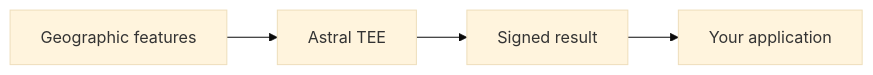
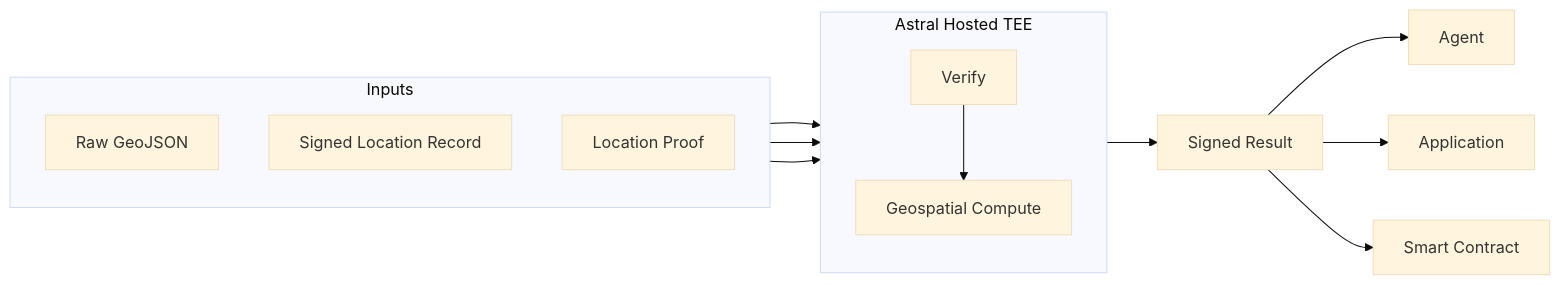
Before and after one commit to AstralProtocol/mintlify-docs: the diagram in introduction.mdx, drawn with Mermaid (base theme). The commit also changed other lines of this file and 19 other files, not shown here.

````diff
--- a/introduction.mdx
+++ b/introduction.mdx
@@ -31,6 +31,22 @@
 ```mermaid
 graph LR
-    A[Geographic features] --> B[Astral TEE]
-    B --> C[Signed result]
-    C --> D[Your application]
+    subgraph Inputs
+        direction TB
+        RG[Raw GeoJSON]
+        SL[Signed Location Record]
+        LP[Location Proof]
+    end
+    subgraph Astral Hosted TEE
+        direction TB
+        C[Geospatial Compute]
+        V[Verify]
+    end
+    RG --> C
+    SL --> C
+    LP --> V
+    V --> C
+    C --> SR[Signed Result]
+    SR --> A1[Agent]
+    SR --> A2[Application]
+    SR --> A3[Smart Contract]
 ```
````
